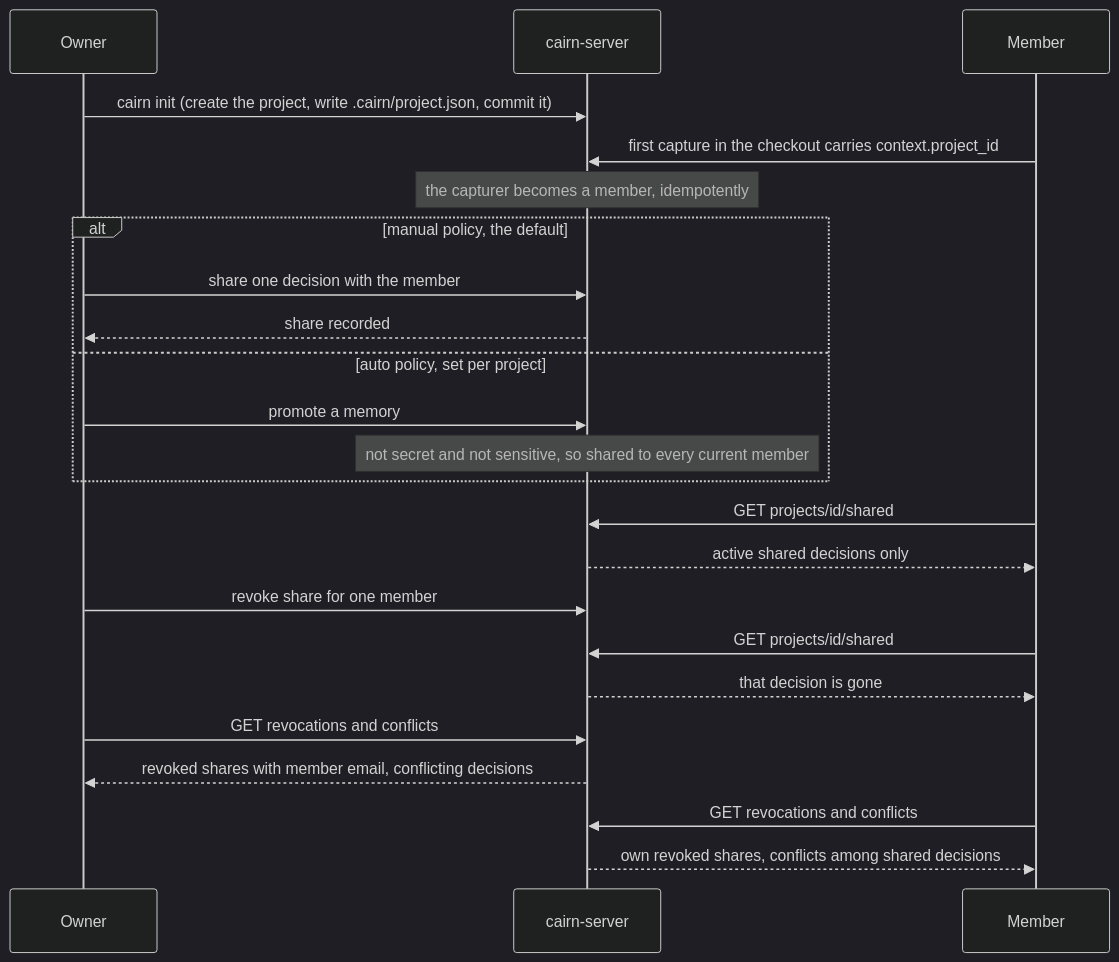
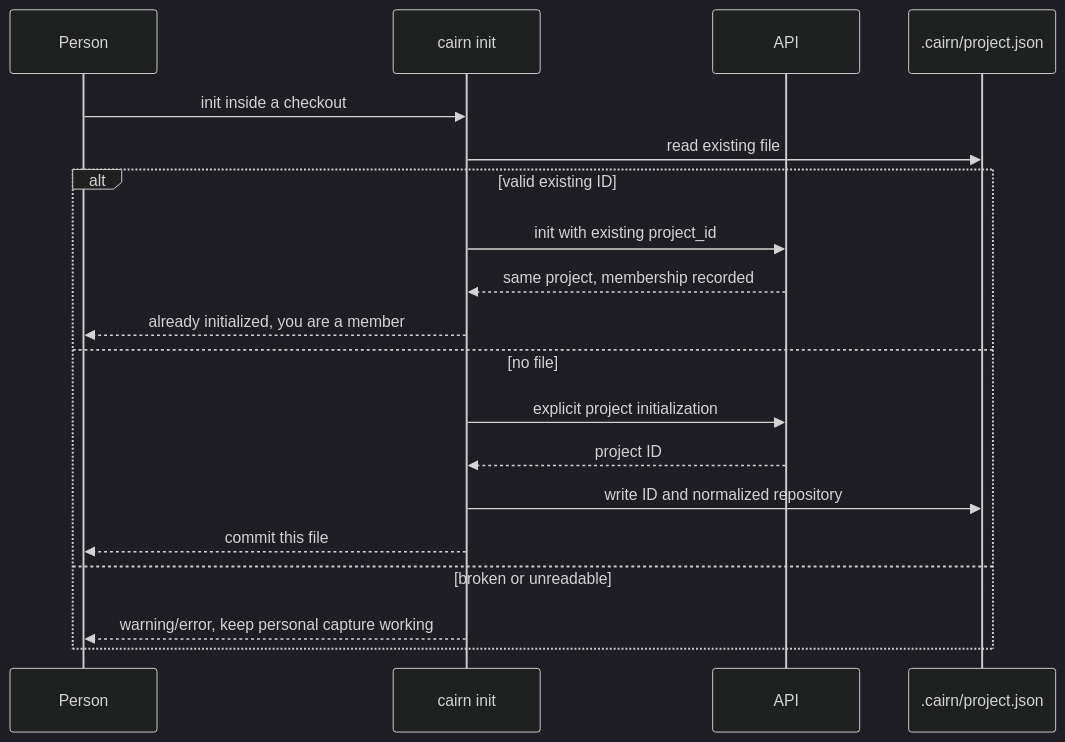
One commit to cunilab/cairn-memory changed the third of 5 diagrams in docs/data-flow.md. Above: the diagram before and after it, drawn with Mermaid (dark theme). The commit also changed other lines of this file and 19 other files, not shown here.

First line of the commit message:
Document shared decisions and explicit personal memory scopes

````diff
--- a/docs/data-flow.md
+++ b/docs/data-flow.md
@@ -375,26 +71,21 @@
 ```mermaid
 sequenceDiagram
-    participant Own as Owner
-    participant Srv as cairn-server
-    participant Mem as Member
-
-    Own->>Srv: cairn init (create the project, write .cairn/project.json, commit it)
-    Mem->>Srv: first capture in the checkout carries context.project_id
-    Note over Srv: the capturer becomes a member, idempotently
-    alt manual policy, the default
-        Own->>Srv: share one decision with the member
-        Srv-->>Own: share recorded
-    else auto policy, set per project
-        Own->>Srv: promote a memory
-        Note over Srv: not secret and not sensitive, so shared to every current member
+    participant Person
+    participant CLI as cairn init
+    participant API
+    participant File as .cairn/project.json
+    Person->>CLI: init inside a checkout
+    CLI->>File: read existing file
+    alt valid existing ID
+        CLI->>API: init with existing project_id
+        API-->>CLI: same project, membership recorded
+        CLI-->>Person: already initialized, you are a member
+    else no file
+        CLI->>API: explicit project initialization
+        API-->>CLI: project ID
+        CLI->>File: write ID and normalized repository
+        CLI-->>Person: commit this file
+    else broken or unreadable
+        CLI-->>Person: warning/error, keep personal capture working
     end
-    Mem->>Srv: GET projects/id/shared
-    Srv-->>Mem: active shared decisions only
-    Own->>Srv: revoke share for one member
-    Mem->>Srv: GET projects/id/shared
-    Srv-->>Mem: that decision is gone
-    Own->>Srv: GET revocations and conflicts
-    Srv-->>Own: revoked shares with member email, conflicting decisions
-    Mem->>Srv: GET revocations and conflicts
-    Srv-->>Mem: own revoked shares, conflicts among shared decisions
 ```
````
